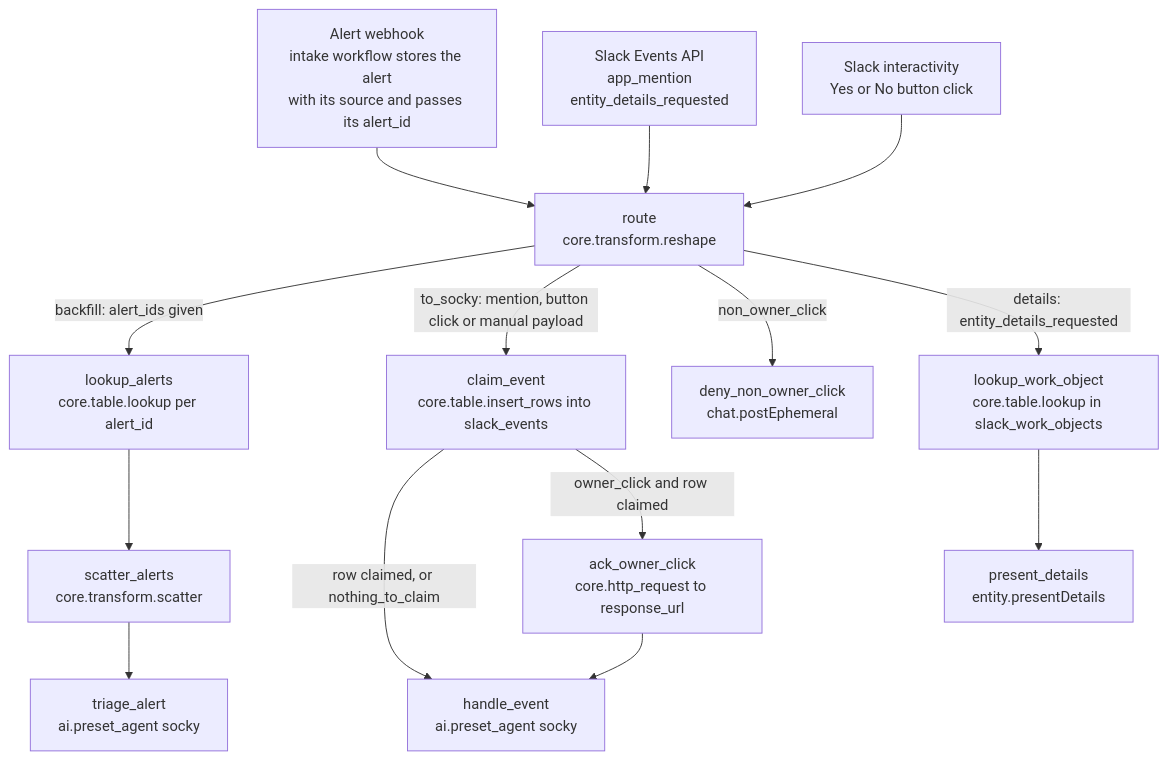
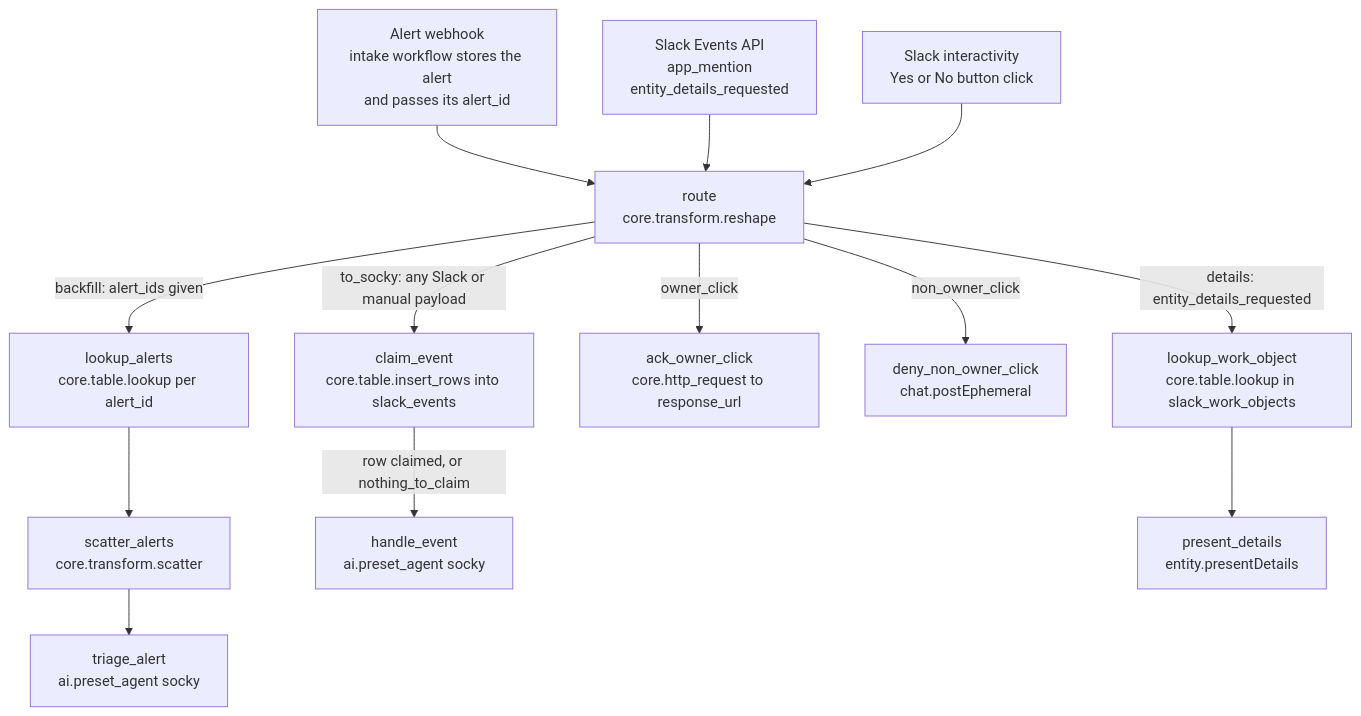
The diagram in examples/001-distributed-alerting/workflow.md (TracecatHQ/tracecat), drawn with Mermaid before and after one commit. The commit also changed other lines of this file and 12 other files, not shown here.

````diff
--- a/examples/001-distributed-alerting/workflow.md
+++ b/examples/001-distributed-alerting/workflow.md
@@ -9,26 +7,25 @@
 ```mermaid
 flowchart TD
-    t_alert["Alert webhook<br/>intake workflow stores the alert<br/>with its source and passes its alert_id"]
+    t_alert["Alert webhook<br/>intake workflow stores the alert<br/>and passes its alert_id"]
     t_events["Slack Events API<br/>app_mention<br/>entity_details_requested"]
     t_click["Slack interactivity<br/>Yes or No button click"]
 
     route["route<br/>core.transform.reshape"]
 
     t_alert --> route
     t_events --> route
     t_click --> route
 
     route -->|"backfill: alert_ids given"| lookup_alerts["lookup_alerts<br/>core.table.lookup per alert_id"]
     lookup_alerts --> scatter_alerts["scatter_alerts<br/>core.transform.scatter"]
     scatter_alerts --> triage_alert["triage_alert<br/>ai.preset_agent socky"]
 
-    route -->|"to_socky: mention, button click or manual payload"| claim_event["claim_event<br/>core.table.insert_rows into slack_events"]
+    route -->|"to_socky: any Slack or manual payload"| claim_event["claim_event<br/>core.table.insert_rows into slack_events"]
     claim_event -->|"row claimed, or nothing_to_claim"| handle_event["handle_event<br/>ai.preset_agent socky"]
 
-    claim_event -->|"owner_click and row claimed"| ack_owner_click["ack_owner_click<br/>core.http_request to response_url"]
-    ack_owner_click --> handle_event
+    route -->|"owner_click"| ack_owner_click["ack_owner_click<br/>core.http_request to response_url"]
     route -->|"non_owner_click"| deny_non_owner_click["deny_non_owner_click<br/>chat.postEphemeral"]
 
     route -->|"details: entity_details_requested"| lookup_work_object["lookup_work_object<br/>core.table.lookup in slack_work_objects"]
     lookup_work_object --> present_details["present_details<br/>entity.presentDetails"]
 ```
````
